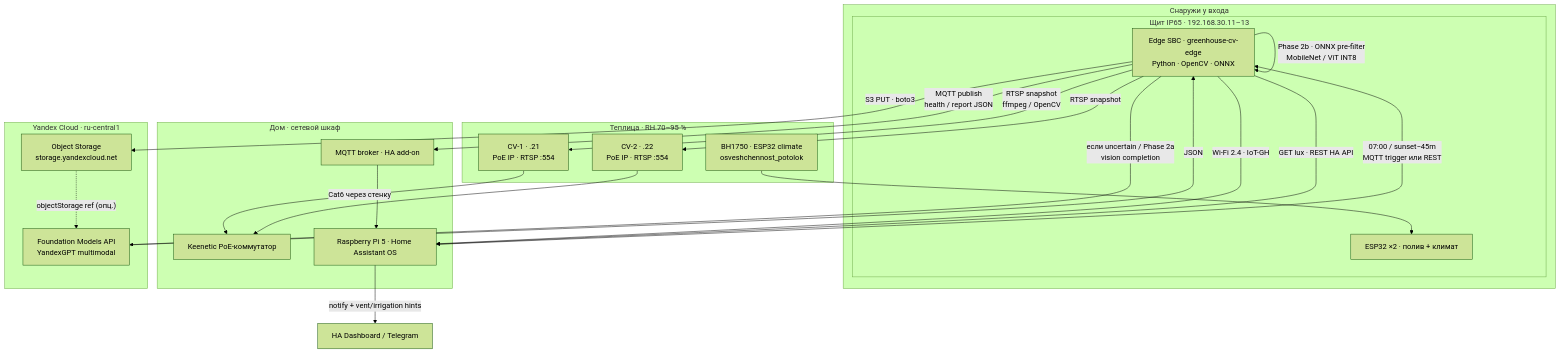
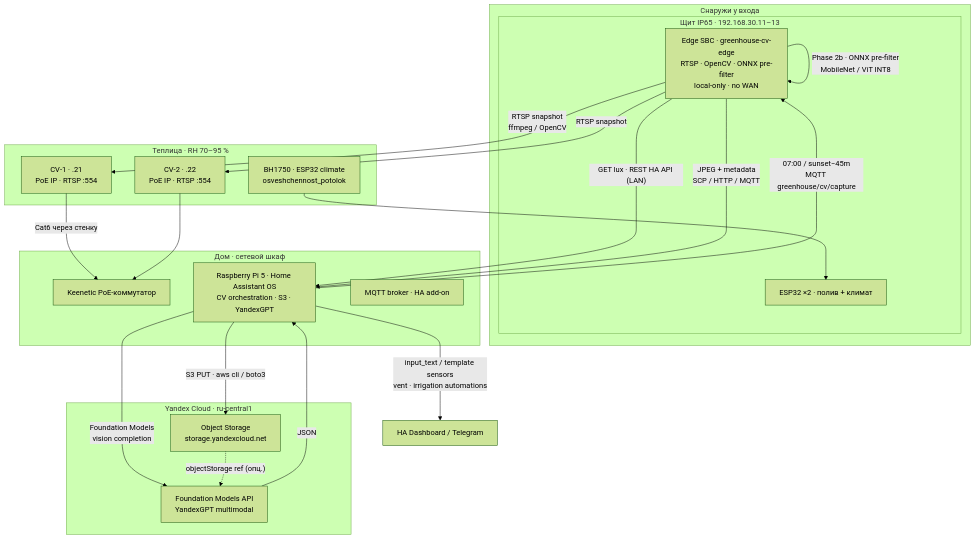
Before and after one commit to TiunovNN/smart-greenhouse: the first of 2 diagrams in docs/05-computer-vision.md, drawn with Mermaid (forest theme). The commit also changed other lines of this file and 13 other files, not shown here.

````diff
--- a/docs/05-computer-vision.md
+++ b/docs/05-computer-vision.md
@@ -55,43 +55,41 @@
 ```mermaid
 flowchart TB
   subgraph outdoor["Снаружи у входа"]
     subgraph cabinet["Щит IP65 · 192.168.30.11–13"]
-      EDGE["Edge SBC · greenhouse-cv-edge<br/>Python · OpenCV · ONNX"]
+      EDGE["Edge SBC · greenhouse-cv-edge<br/>RTSP · OpenCV · ONNX pre-filter<br/>local-only · no WAN"]
       ESP["ESP32 ×2 · полив + климат"]
     end
   end
 
   subgraph gh["Теплица · RH 70–95 %"]
     CAM1["CV‑1 · .21<br/>PoE IP · RTSP :554"]
     CAM2["CV‑2 · .22<br/>PoE IP · RTSP :554"]
     LUX["BH1750 · ESP32 climate<br/>osveshchennost_potolok"]
   end
 
   subgraph home["Дом · сетевой шкаф"]
     POE["Keenetic PoE‑коммутатор"]
-    PI["Raspberry Pi 5 · Home Assistant OS"]
+    PI["Raspberry Pi 5 · Home Assistant OS<br/>CV orchestration · S3 · YandexGPT"]
     MQTT["MQTT broker · HA add-on"]
   end
 
   subgraph yc["Yandex Cloud · ru-central1"]
     S3["Object Storage<br/>storage.yandexcloud.net"]
     FM["Foundation Models API<br/>YandexGPT multimodal"]
   end
 
   CAM1 -->|"Cat6 через стенку"| POE
   CAM2 --> POE
   LUX --> ESP
-  EDGE -->|"Wi‑Fi 2.4 · IoT-GH"| PI
   EDGE -->|"RTSP snapshot<br/>ffmpeg / OpenCV"| CAM1
   EDGE -->|"RTSP snapshot"| CAM2
-  PI -->|"07:00 / sunset−45m<br/>MQTT trigger или REST"| EDGE
-  EDGE -->|"GET lux · REST HA API"| PI
+  PI -->|"07:00 / sunset−45m<br/>MQTT greenhouse/cv/capture"| EDGE
+  EDGE -->|"GET lux · REST HA API (LAN)"| PI
   EDGE -->|"Phase 2b · ONNX pre-filter<br/>MobileNet / ViT INT8"| EDGE
-  EDGE -->|"S3 PUT · boto3"| S3
-  EDGE -->|"если uncertain / Phase 2a<br/>vision completion"| FM
-  FM -->|"JSON"| EDGE
-  EDGE -->|"MQTT publish<br/>health / report JSON"| MQTT
-  MQTT --> PI
-  PI -->|"notify + vent/irrigation hints"| HAUI["HA Dashboard / Telegram"]
+  EDGE -->|"JPEG + metadata<br/>SCP / HTTP / MQTT"| PI
+  PI -->|"S3 PUT · aws cli / boto3"| S3
+  PI -->|"Foundation Models<br/>vision completion"| FM
+  FM -->|"JSON"| PI
+  PI -->|"input_text / template sensors<br/>vent · irrigation automations"| HAUI["HA Dashboard / Telegram"]
   S3 -.->|"objectStorage ref (опц.)"| FM
 ```
````
